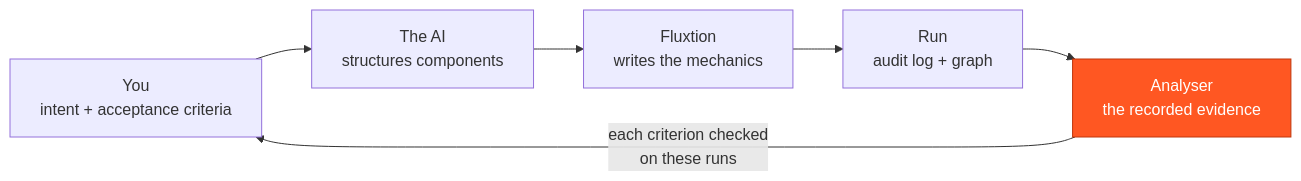
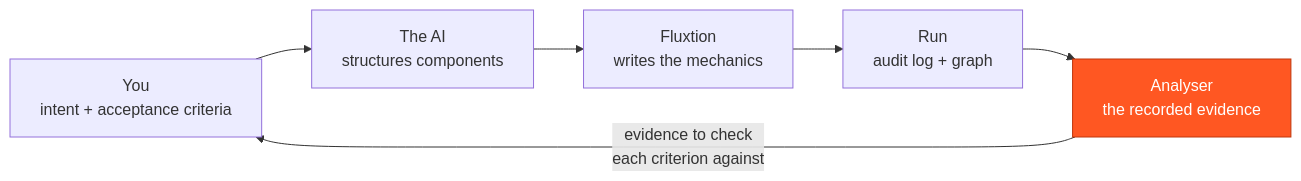
The first of 2 diagrams in docs/site/build/index.md (telaminai/fluxtionauditlog-analyser), drawn with Mermaid before and after one commit. The commit also changed other lines of this file and 29 other files, not shown here.

````diff
--- a/docs/site/build/index.md
+++ b/docs/site/build/index.md
@@ -17,10 +17,10 @@
 ```mermaid
 flowchart LR
   P["You<br/>intent + acceptance criteria"] --> AI["The AI<br/>structures components"]
   AI --> F["Fluxtion<br/>writes the mechanics"]
   F --> R["Run<br/>audit log + graph"]
   R --> AN["Analyser<br/>the recorded evidence"]
-  AN -->|"each criterion checked<br/>on these runs"| P
+  AN -->|"evidence to check<br/>each criterion against"| P
   classDef here fill:#ff5722,stroke:#bf360c,color:#fff;
   class AN here;
 ```
````
